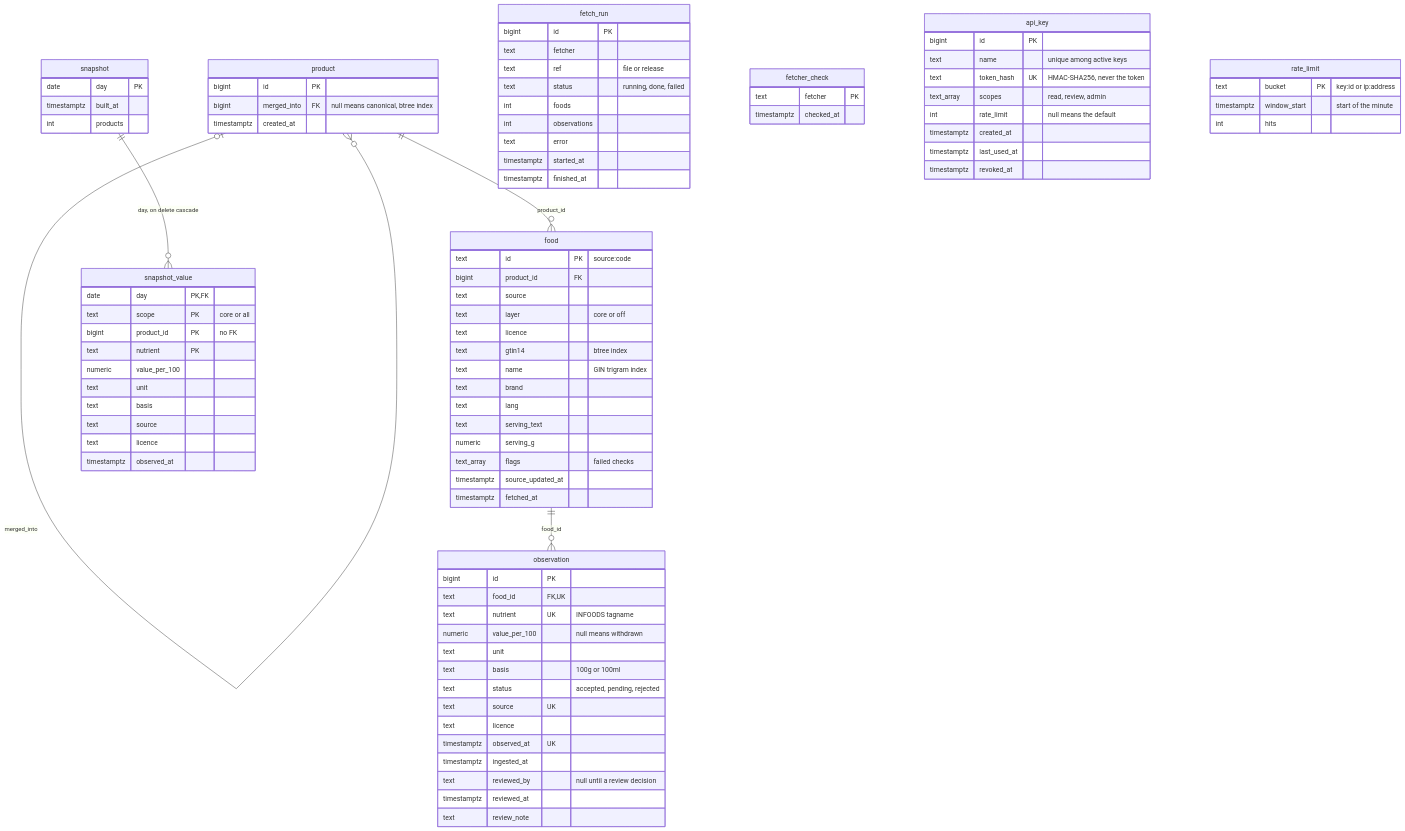
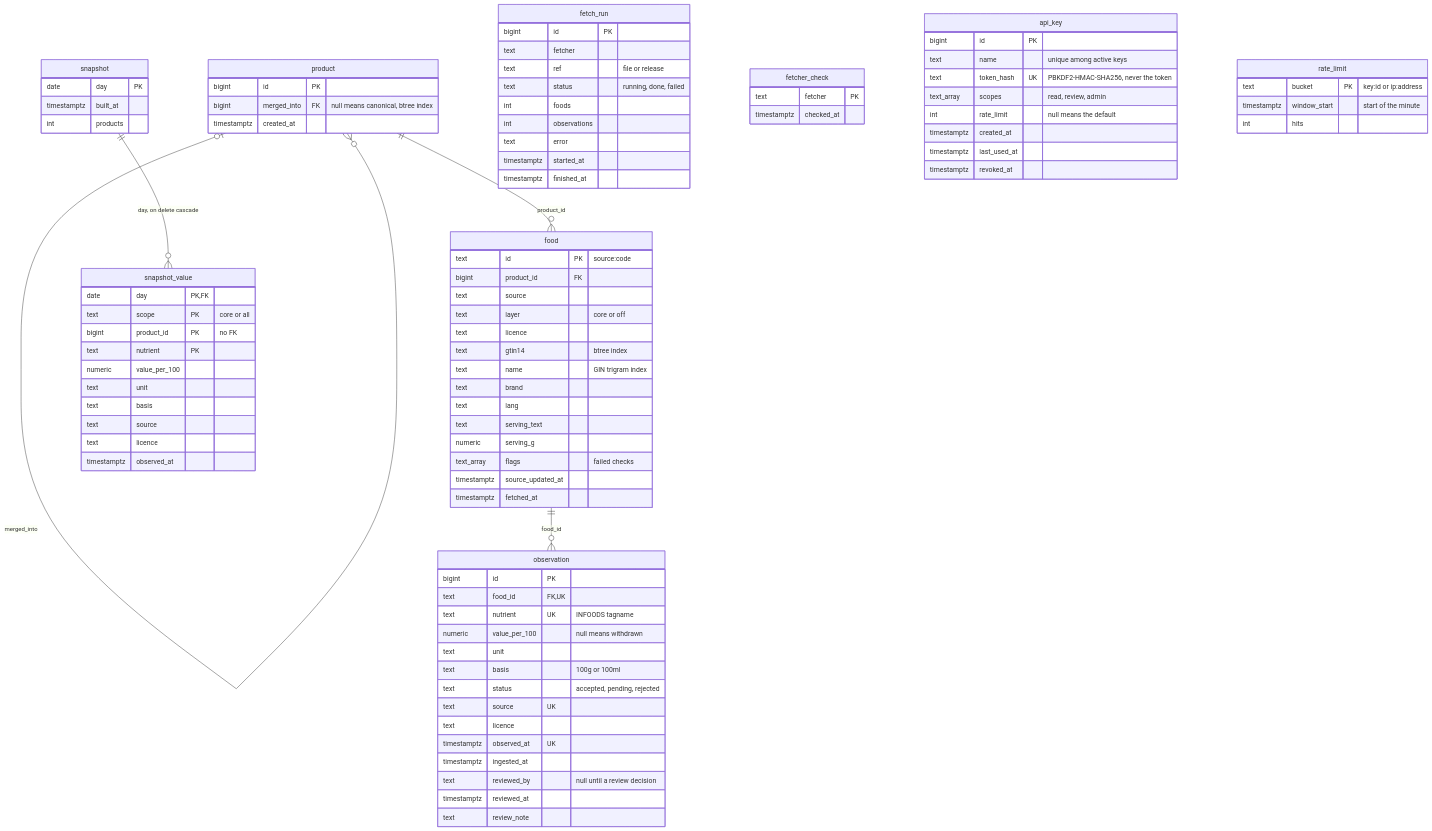
Before and after one commit to eait-fit/fooddb: the sixth of 12 diagrams in docs/architecture.md, drawn with Mermaid. The commit also changed other lines of this file and 4 other files, not shown here.

First line of the commit message:
fix(auth): API key hashes are PBKDF2-HMAC-SHA256 keyed by the server secret

```diff
--- a/docs/architecture.md
+++ b/docs/architecture.md
@@ -478,7 +478,7 @@
     api_key {
         bigint id PK
         text name "unique among active keys"
-        text token_hash UK "HMAC-SHA256, never the token"
+        text token_hash UK "PBKDF2-HMAC-SHA256, never the token"
         text_array scopes "read, review, admin"
         int rate_limit "null means the default"
         timestamptz created_at
```
